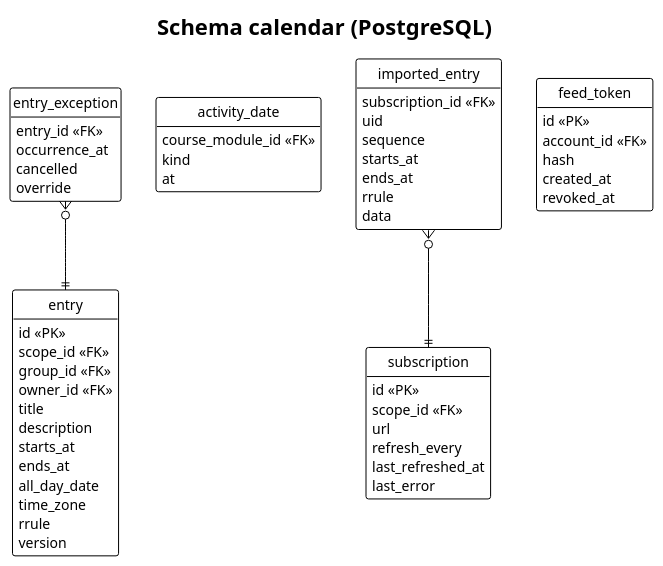
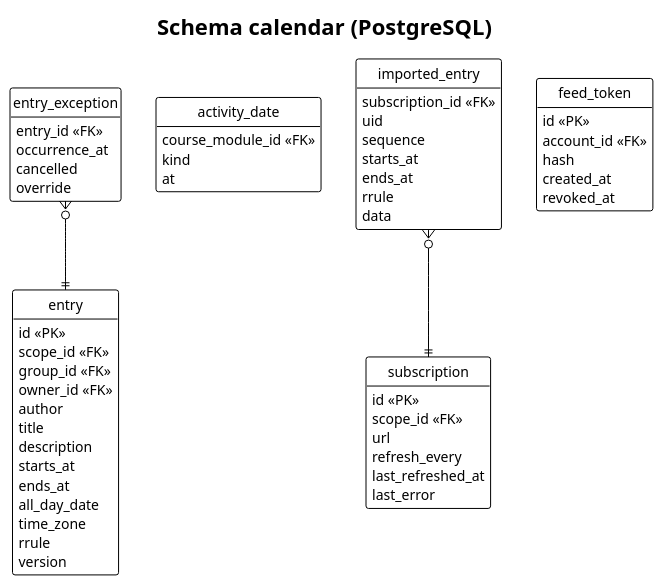
Before and after one commit to didactika/kampus: the diagram in docs/03-design/data-model/calendar.puml, drawn with PlantUML. The commit also changed 30 other files, not shown here.

```diff
--- a/docs/03-design/data-model/calendar.puml
+++ b/docs/03-design/data-model/calendar.puml
@@ -1,60 +1,61 @@
 @startuml
 !theme plain
 hide empty members
 hide circle
 skinparam linetype ortho
 title Schema calendar (PostgreSQL)
 
 entity entry {
   id <<PK>>
   scope_id <<FK>>
   group_id <<FK>>
   owner_id <<FK>>
+  author
   title
   description
   starts_at
   ends_at
   all_day_date
   time_zone
   rrule
   version
 }
 entity entry_exception {
   entry_id <<FK>>
   occurrence_at
   cancelled
   override
 }
 entity activity_date {
   course_module_id <<FK>>
   kind
   at
 }
 entity subscription {
   id <<PK>>
   scope_id <<FK>>
   url
   refresh_every
   last_refreshed_at
   last_error
 }
 entity imported_entry {
   subscription_id <<FK>>
   uid
   sequence
   starts_at
   ends_at
   rrule
   data
 }
 entity feed_token {
   id <<PK>>
   account_id <<FK>>
   hash
   created_at
   revoked_at
 }
 
 entry_exception }o--|| entry
 imported_entry }o--|| subscription
 @enduml
```
